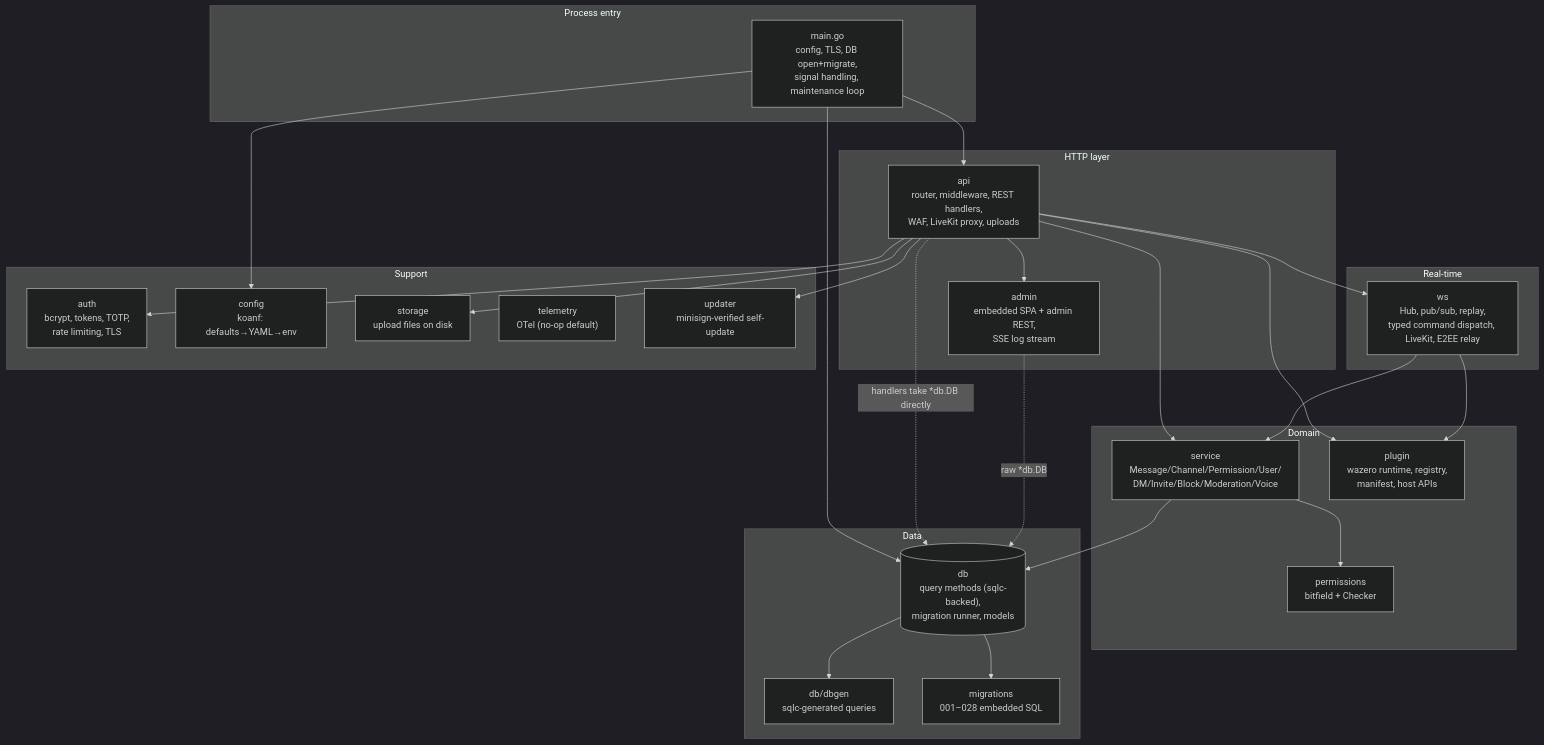
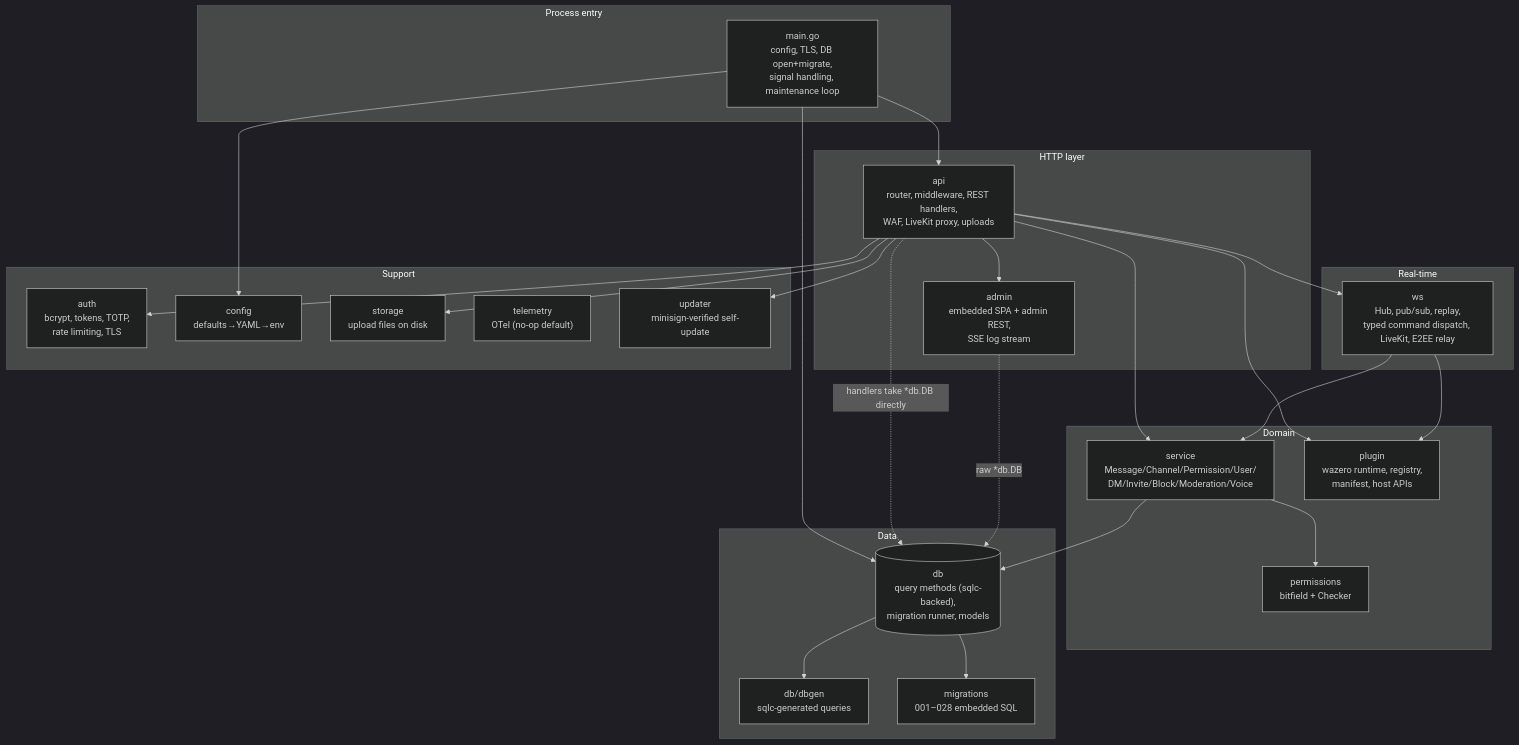
Before and after one commit to J3vb/OwnCord: the first of 2 diagrams in docs/architecture/server.md, drawn with Mermaid (dark theme). The commit also changed other lines of this file and 2055 other files, not shown here.

````diff
--- a/docs/architecture/server.md
+++ b/docs/architecture/server.md
@@ -12,56 +17,56 @@
 ```mermaid
 flowchart TB
     subgraph entry ["Process entry"]
         MAIN["main.go<br/>config, TLS, DB open+migrate,<br/>signal handling, maintenance loop"]
     end
 
     subgraph http ["HTTP layer"]
         API["api<br/>router, middleware, REST handlers,<br/>WAF, LiveKit proxy, uploads"]
         ADMIN["admin<br/>embedded SPA + admin REST,<br/>SSE log stream"]
     end
 
     subgraph realtime ["Real-time"]
         WS["ws<br/>Hub, pub/sub, replay,<br/>typed command dispatch, LiveKit, E2EE relay"]
     end
 
     subgraph domain ["Domain"]
         SVC["service<br/>Message/Channel/Permission/User/<br/>DM/Invite/Block/Moderation/Voice"]
         PERM["permissions<br/>bitfield + Checker"]
         PLUGIN["plugin<br/>wazero runtime, registry,<br/>manifest, host APIs"]
     end
 
     subgraph data ["Data"]
         DB[("db<br/>query methods (sqlc-backed),<br/>migration runner, models")]
         DBGEN["db/dbgen<br/>sqlc-generated queries"]
         MIG["migrations<br/>001–028 embedded SQL"]
     end
 
     subgraph support ["Support"]
         AUTH["auth<br/>bcrypt, tokens, TOTP,<br/>rate limiting, TLS"]
-        CFG["config<br/>koanf: defaults→YAML→env"]
+        CFG["config<br/>defaults→YAML→env"]
         STORAGE["storage<br/>upload files on disk"]
         TEL["telemetry<br/>OTel (no-op default)"]
         UPD["updater<br/>minisign-verified self-update"]
     end
 
     MAIN --> CFG
     MAIN --> API
     MAIN --> DB
     API --> ADMIN
     API --> WS
     API --> SVC
     API --> AUTH
     API --> STORAGE
     API --> UPD
     API --> PLUGIN
     SVC --> DB
     SVC --> PERM
     DB --> DBGEN
     DB --> MIG
     WS --> SVC
     WS --> PLUGIN
 
     %% Residual layering seam (dashed): raw *db.DB used above the service layer
     API -.->|"handlers take *db.DB directly"| DB
     ADMIN -.->|"raw *db.DB"| DB
 ```
````
